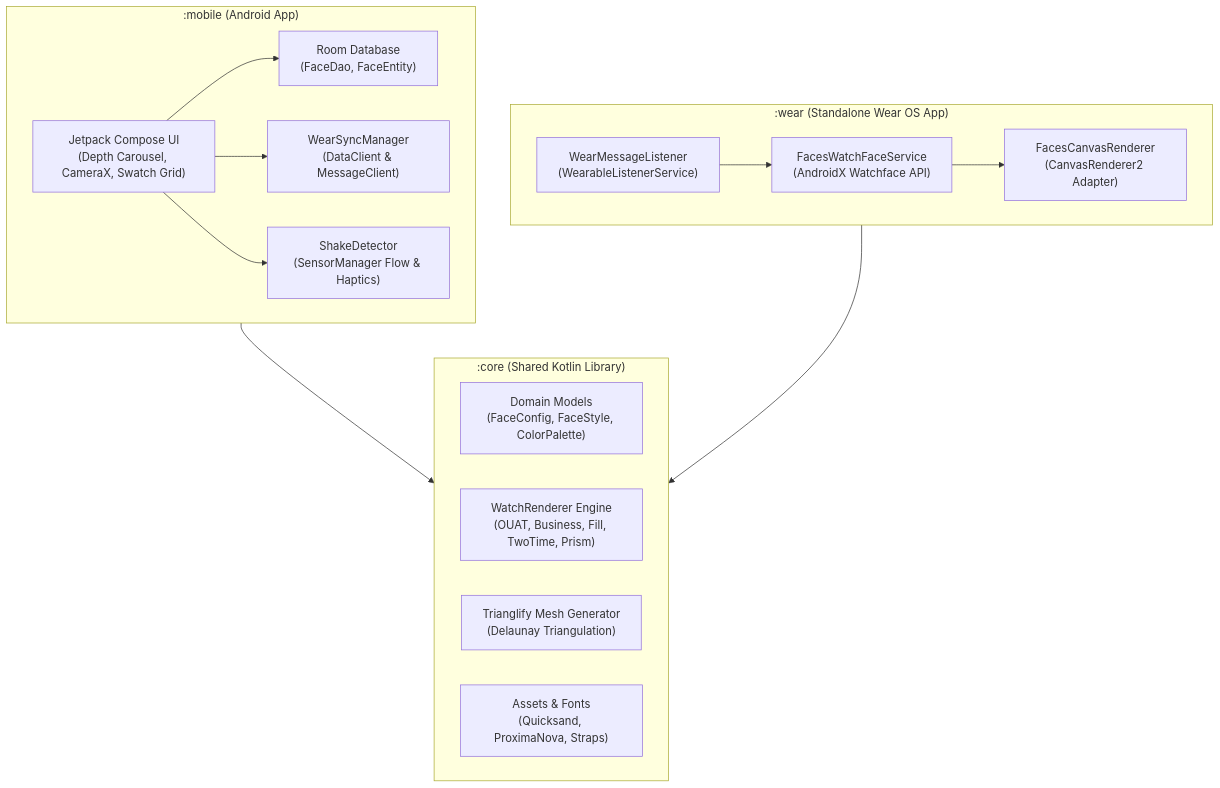
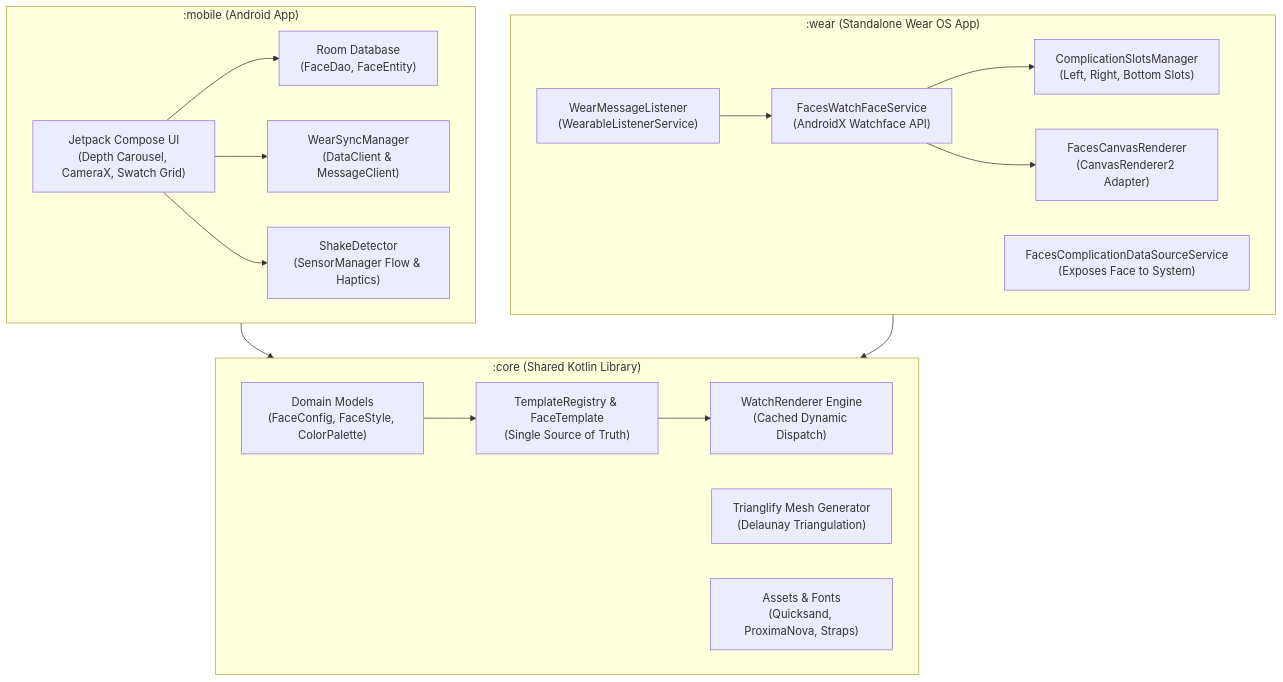
The diagram in README.md (kylemontague/facesapp), drawn with Mermaid before and after one commit. The commit also changed other lines of this file, not shown here.

Commit message:
docs: add template extension guide and update architecture in README.md

````diff
--- a/README.md
+++ b/README.md
@@ -42,30 +50,36 @@
 ```mermaid
 graph TD
     subgraph MobileApp [":mobile (Android App)"]
         UI["Jetpack Compose UI<br/>(Depth Carousel, CameraX, Swatch Grid)"]
         Room["Room Database<br/>(FaceDao, FaceEntity)"]
         SyncMgr["WearSyncManager<br/>(DataClient & MessageClient)"]
         Sensors["ShakeDetector<br/>(SensorManager Flow & Haptics)"]
         UI --> Room
         UI --> SyncMgr
         UI --> Sensors
     end
 
     subgraph CoreLib [":core (Shared Kotlin Library)"]
         Domain["Domain Models<br/>(FaceConfig, FaceStyle, ColorPalette)"]
-        Renderer["WatchRenderer Engine<br/>(OUAT, Business, Fill, TwoTime, Prism)"]
+        Registry["TemplateRegistry & FaceTemplate<br/>(Single Source of Truth)"]
+        Renderer["WatchRenderer Engine<br/>(Cached Dynamic Dispatch)"]
         Mesh["Trianglify Mesh Generator<br/>(Delaunay Triangulation)"]
         Res["Assets & Fonts<br/>(Quicksand, ProximaNova, Straps)"]
+        Domain --> Registry
+        Registry --> Renderer
     end
 
     subgraph WearApp [":wear (Standalone Wear OS App)"]
         WFService["FacesWatchFaceService<br/>(AndroidX Watchface API)"]
+        Complications["ComplicationSlotsManager<br/>(Left, Right, Bottom Slots)"]
+        CompProvider["FacesComplicationDataSourceService<br/>(Exposes Face to System)"]
         WFRenderer["FacesCanvasRenderer<br/>(CanvasRenderer2 Adapter)"]
         DataListener["WearMessageListener<br/>(WearableListenerService)"]
+        WFService --> Complications
         WFService --> WFRenderer
         DataListener --> WFService
     end
 
     MobileApp --> CoreLib
     WearApp --> CoreLib
 ```
````
